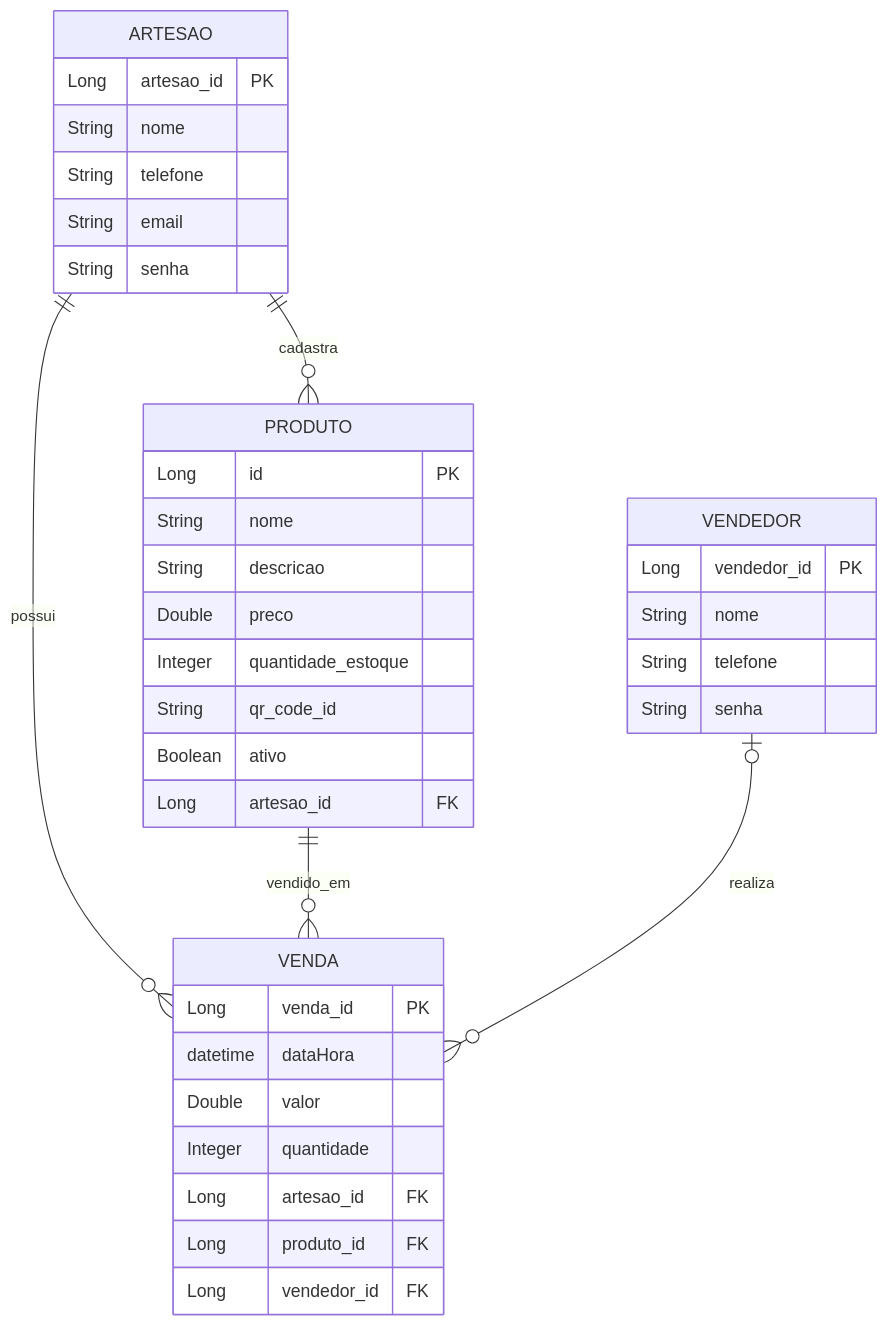
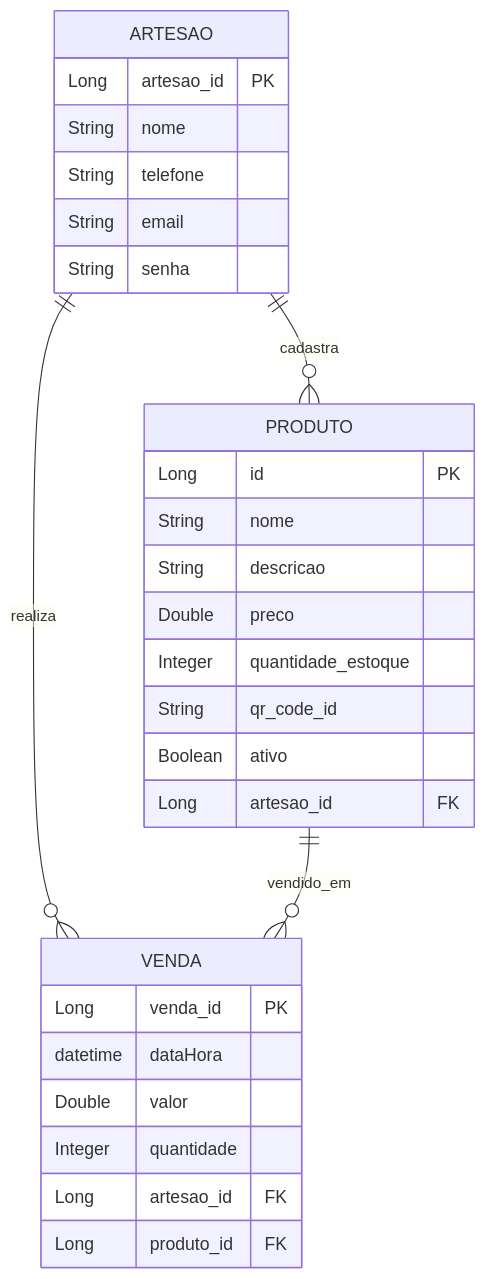
One commit to Guilherme-xDEV/projeto-pdm-app-artesao changed the ninth of 10 diagrams in docs/mermaid_diagrams.md. Above: the diagram before and after it, drawn with Mermaid. The commit also changed other lines of this file and 1 other file, not shown here.

Commit message:
refactor: diagrams refactor

````diff
--- a/docs/mermaid_diagrams.md
+++ b/docs/mermaid_diagrams.md
@@ -380,43 +482,34 @@
 ```mermaid
 erDiagram
     ARTESAO ||--o{ PRODUTO : "cadastra"
-    ARTESAO ||--o{ VENDA : "possui"
+    ARTESAO ||--o{ VENDA : "realiza"
     PRODUTO ||--o{ VENDA : "vendido_em"
-    VENDEDOR |o--o{ VENDA : "realiza"
 
     ARTESAO {
         Long artesao_id PK
         String nome
         String telefone
         String email
         String senha
     }
 
     PRODUTO {
         Long id PK
         String nome
         String descricao
         Double preco
         Integer quantidade_estoque
         String qr_code_id
         Boolean ativo
         Long artesao_id FK
     }
 
-    VENDEDOR {
-        Long vendedor_id PK
-        String nome
-        String telefone
-        String senha
-    }
-
     VENDA {
         Long venda_id PK
         datetime dataHora
         Double valor
         Integer quantidade
         Long artesao_id FK
         Long produto_id FK
-        Long vendedor_id FK
     }
 ```
````
